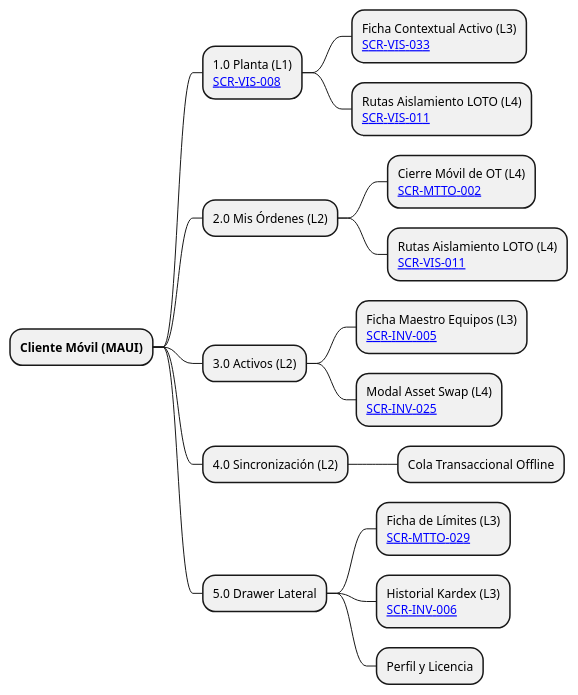
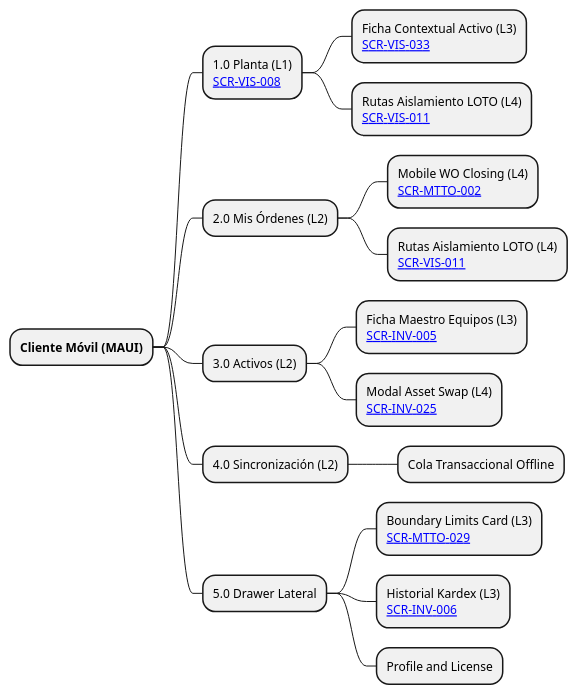
The third of 6 diagrams in ui-ux/DT-UI-NAV-DOC-001.md (Novav20/adso-dteam-docs), drawn with PlantUML before and after one commit. The commit also changed other lines of this file, not shown here.

````diff
--- a/ui-ux/DT-UI-NAV-DOC-001.md
+++ b/ui-ux/DT-UI-NAV-DOC-001.md
@@ -114,25 +114,25 @@
 ```plantuml
 @startmindmap
 skinparam defaultFontName "Segoe UI"
 skinparam defaultFontSize 12
 skinparam nodesep 20
 skinparam ranksep 30
 
 * **Cliente Móvil (MAUI)**
 ** 1.0 Planta (L1)\n[[SCR-VIS-008]]
 *** Ficha Contextual Activo (L3)\n[[SCR-VIS-033]]
 *** Rutas Aislamiento LOTO (L4)\n[[SCR-VIS-011]]
 ** 2.0 Mis Órdenes (L2)
-*** Cierre Móvil de OT (L4)\n[[SCR-MTTO-002]]
+*** Mobile WO Closing (L4)\n[[SCR-MTTO-002]]
 *** Rutas Aislamiento LOTO (L4)\n[[SCR-VIS-011]]
 ** 3.0 Activos (L2)
 *** Ficha Maestro Equipos (L3)\n[[SCR-INV-005]]
 *** Modal Asset Swap (L4)\n[[SCR-INV-025]]
 ** 4.0 Sincronización (L2)
 *** Cola Transaccional Offline
 ** 5.0 Drawer Lateral
-*** Ficha de Límites (L3)\n[[SCR-MTTO-029]]
+*** Boundary Limits Card (L3)\n[[SCR-MTTO-029]]
 *** Historial Kardex (L3)\n[[SCR-INV-006]]
-*** Perfil y Licencia
+*** Profile and License
 @endmindmap
 ```
````
